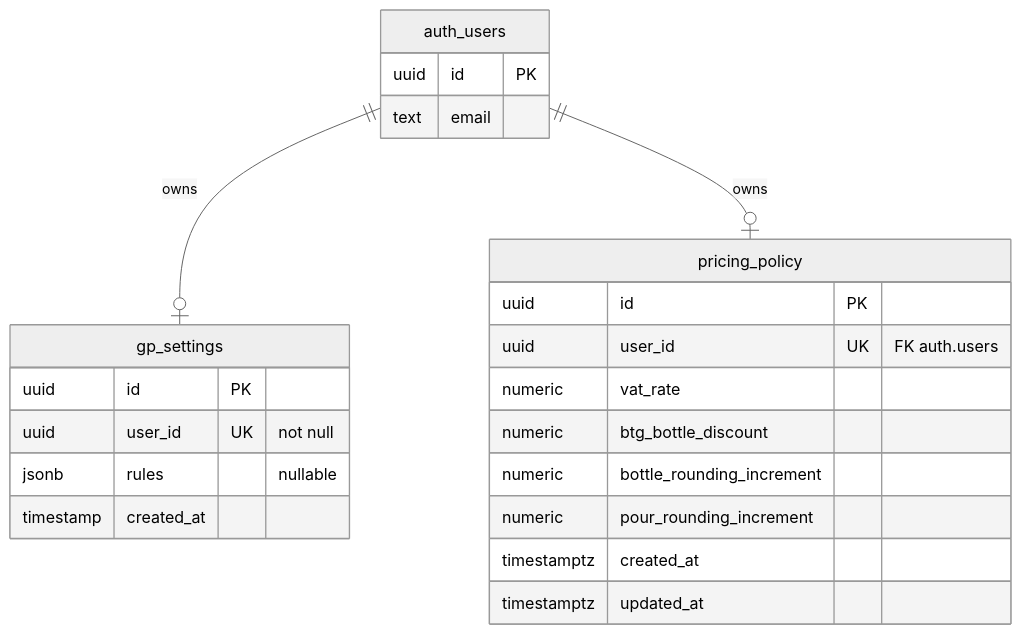
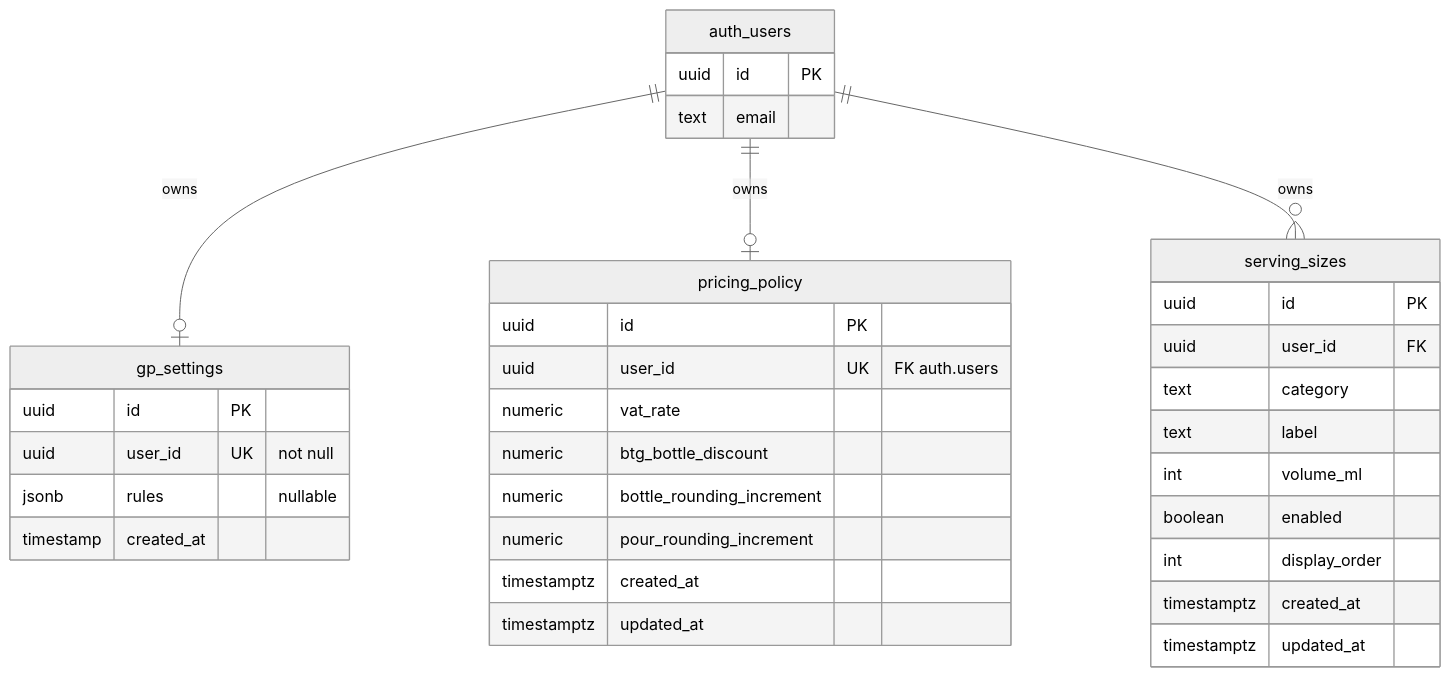
The diagram in docs/DATA_MODEL.md (DanWarham/wine-gp-calculator), drawn with Mermaid (neutral theme) before and after one commit. The commit also changed other lines of this file and 12 other files, not shown here.

First line of the commit message:
Add configurable serving sizes to Settings.

````diff
--- a/docs/DATA_MODEL.md
+++ b/docs/DATA_MODEL.md
@@ -30,25 +31,37 @@
 ```mermaid
 erDiagram
   auth_users ||--o| gp_settings : "owns"
   auth_users ||--o| pricing_policy : "owns"
+  auth_users ||--o{ serving_sizes : "owns"
   gp_settings {
     uuid id PK
     uuid user_id UK "not null"
     jsonb rules "nullable"
     timestamp created_at
   }
   pricing_policy {
     uuid id PK
     uuid user_id UK "FK auth.users"
     numeric vat_rate
     numeric btg_bottle_discount
     numeric bottle_rounding_increment
     numeric pour_rounding_increment
     timestamptz created_at
     timestamptz updated_at
   }
+  serving_sizes {
+    uuid id PK
+    uuid user_id FK
+    text category
+    text label
+    int volume_ml
+    boolean enabled
+    int display_order
+    timestamptz created_at
+    timestamptz updated_at
+  }
   auth_users {
     uuid id PK
     text email
   }
 ```
````
